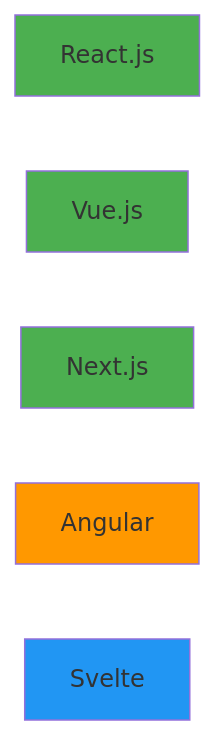
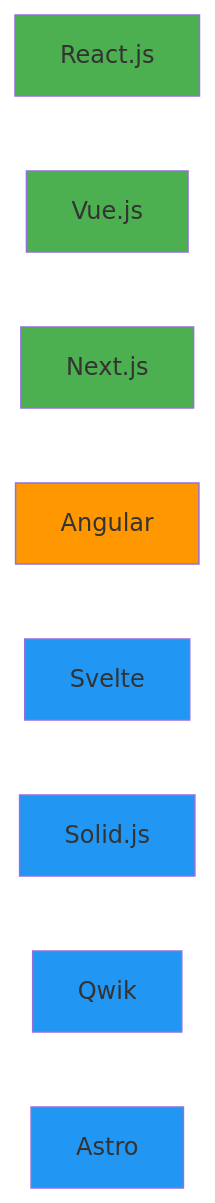
One commit to niceguy61/kdt_devops_lecture_2025 changed the second of 10 diagrams in theory/week_04/day1/challenge_2.md. Above: the diagram before and after it, drawn with Mermaid. The commit also changed other lines of this file, not shown here.

````diff
--- a/theory/week_04/day1/challenge_2.md
+++ b/theory/week_04/day1/challenge_2.md
@@ -169,14 +169,20 @@
 ```mermaid
 graph LR
     A[React.js]
     B[Vue.js]
     C[Next.js]
     D[Angular]
     E[Svelte]
+    F[Solid.js]
+    G[Qwik]
+    H[Astro]
     
     style A fill:#4caf50
     style B fill:#4caf50
     style C fill:#4caf50
     style D fill:#ff9800
     style E fill:#2196f3
+    style F fill:#2196f3
+    style G fill:#2196f3
+    style H fill:#2196f3
 ```
````
